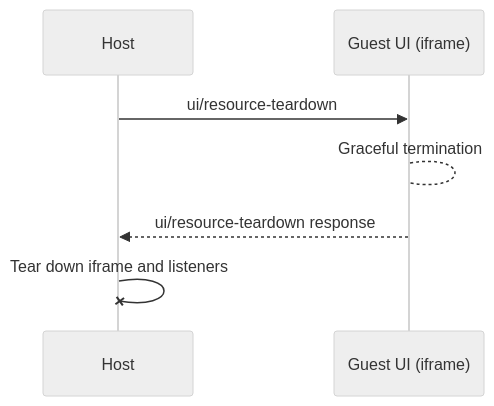
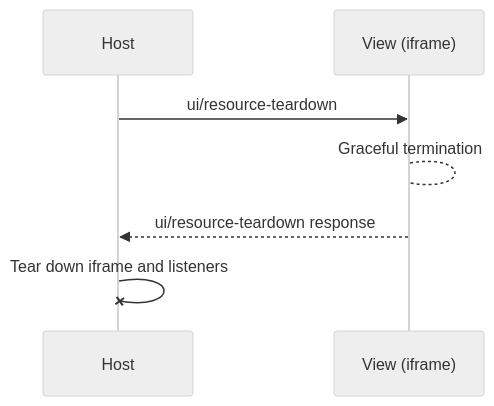
Before and after one commit to jakemannix/mcp_ext-apps: the fourth of 4 diagrams in specification/draft/apps.mdx, drawn with Mermaid (neutral theme). The commit also changed other lines of this file and 37 other files, not shown here.

````diff
--- a/specification/draft/apps.mdx
+++ b/specification/draft/apps.mdx
@@ -1302,9 +1302,9 @@
 ```mermaid
 sequenceDiagram
   participant H as Host
-  participant UI as Guest UI (iframe)
+  participant UI as View (iframe)
   H ->> UI: ui/resource-teardown
   UI --> UI: Graceful termination
   UI -->> H: ui/resource-teardown response
   H -x H: Tear down iframe and listeners
 ```
````
